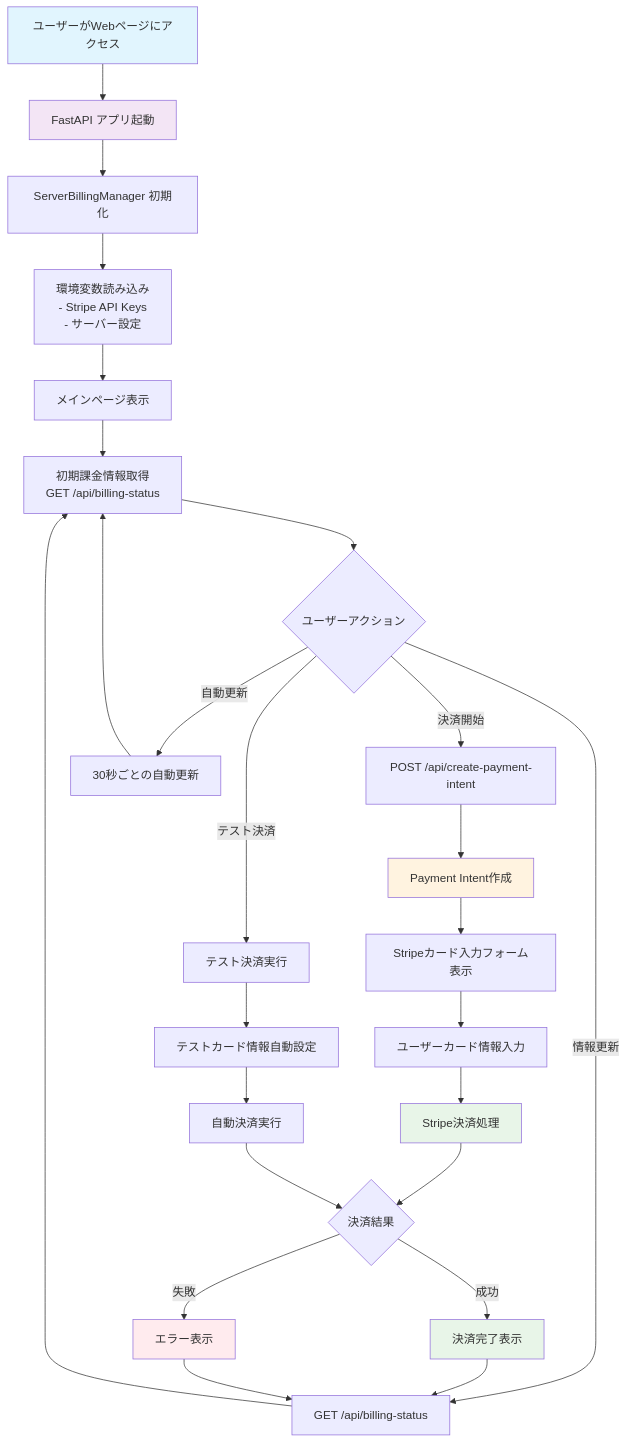
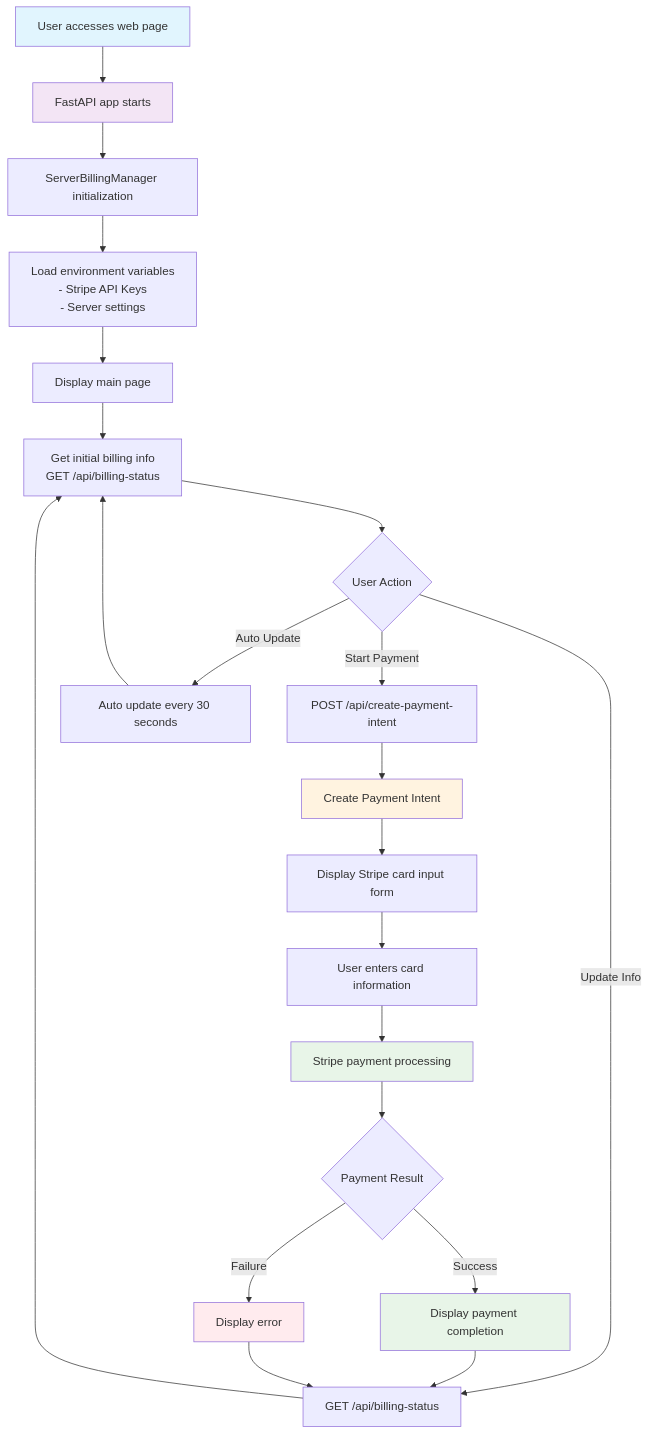
One commit to mi81ma/stripe-python changed the first of 3 diagrams in README.md. Above: the diagram before and after it, drawn with Mermaid. The commit also changed other lines of this file, not shown here.

````diff
--- a/README.md
+++ b/README.md
@@ -325,42 +311,38 @@
 ```mermaid
 graph TD
-    A[ユーザーがWebページにアクセス] --> B[FastAPI アプリ起動]
-    B --> C[ServerBillingManager 初期化]
-    C --> D[環境変数読み込み<br/>- Stripe API Keys<br/>- サーバー設定]
+    A[User accesses web page] --> B[FastAPI app starts]
+    B --> C[ServerBillingManager initialization]
+    C --> D[Load environment variables<br/>- Stripe API Keys<br/>- Server settings]
     
-    D --> E[メインページ表示]
-    E --> F[初期課金情報取得<br/>GET /api/billing-status]
+    D --> E[Display main page]
+    E --> F[Get initial billing info<br/>GET /api/billing-status]
     
-    F --> G{ユーザーアクション}
+    F --> G{User Action}
     
-    G -->|決済開始| H[POST /api/create-payment-intent]
-    G -->|テスト決済| I[テスト決済実行]
-    G -->|情報更新| J[GET /api/billing-status]
-    G -->|自動更新| K[30秒ごとの自動更新]
+    G -->|Start Payment| H[POST /api/create-payment-intent]
     
-    H --> L[Payment Intent作成]
-    L --> M[Stripeカード入力フォーム表示]
-    M --> N[ユーザーカード情報入力]
-    N --> O[Stripe決済処理]
+    G -->|Update Info| J[GET /api/billing-status]
+    G -->|Auto Update| K[Auto update every 30 seconds]
     
-    I --> P[テストカード情報自動設定]
-    P --> Q[自動決済実行]
+    H --> L[Create Payment Intent]
+    L --> M[Display Stripe card input form]
+    M --> N[User enters card information]
+    N --> O[Stripe payment processing]
     
-    O --> R{決済結果}
-    Q --> R
+    O --> R{Payment Result}
     
-    R -->|成功| S[決済完了表示]
-    R -->|失敗| T[エラー表示]
+    R -->|Success| S[Display payment completion]
+    R -->|Failure| T[Display error]
     
     S --> J
     T --> J
     J --> F
     K --> F
     
     style A fill:#e1f5fe
     style B fill:#f3e5f5
     style L fill:#fff3e0
     style O fill:#e8f5e8
     style S fill:#e8f5e8
     style T fill:#ffebee
 ```
````
